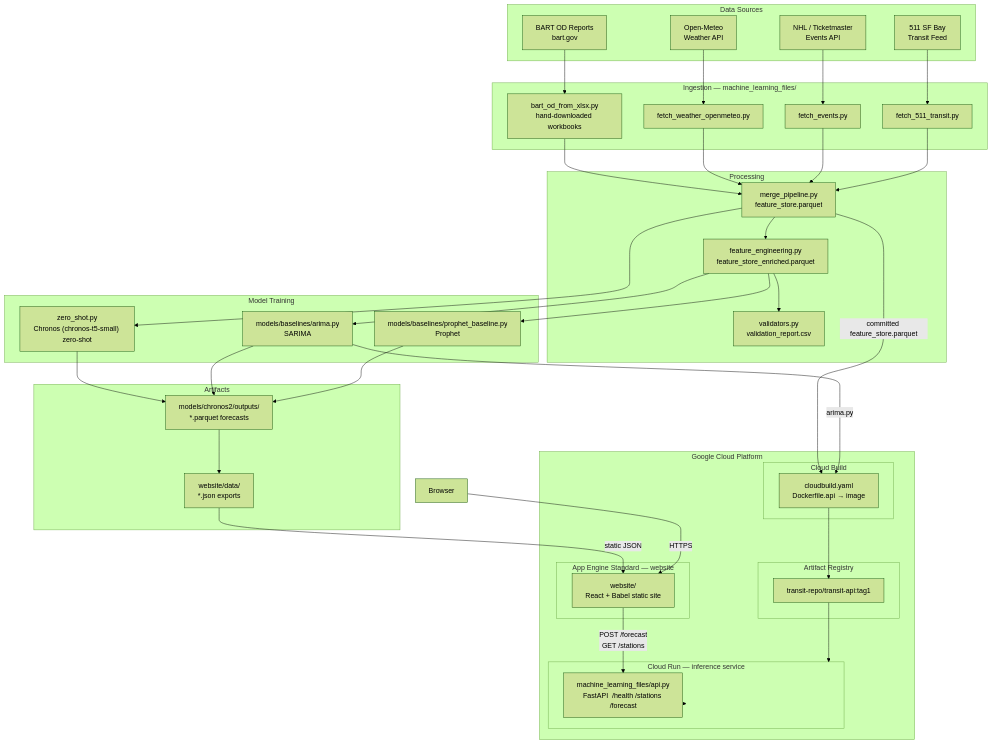
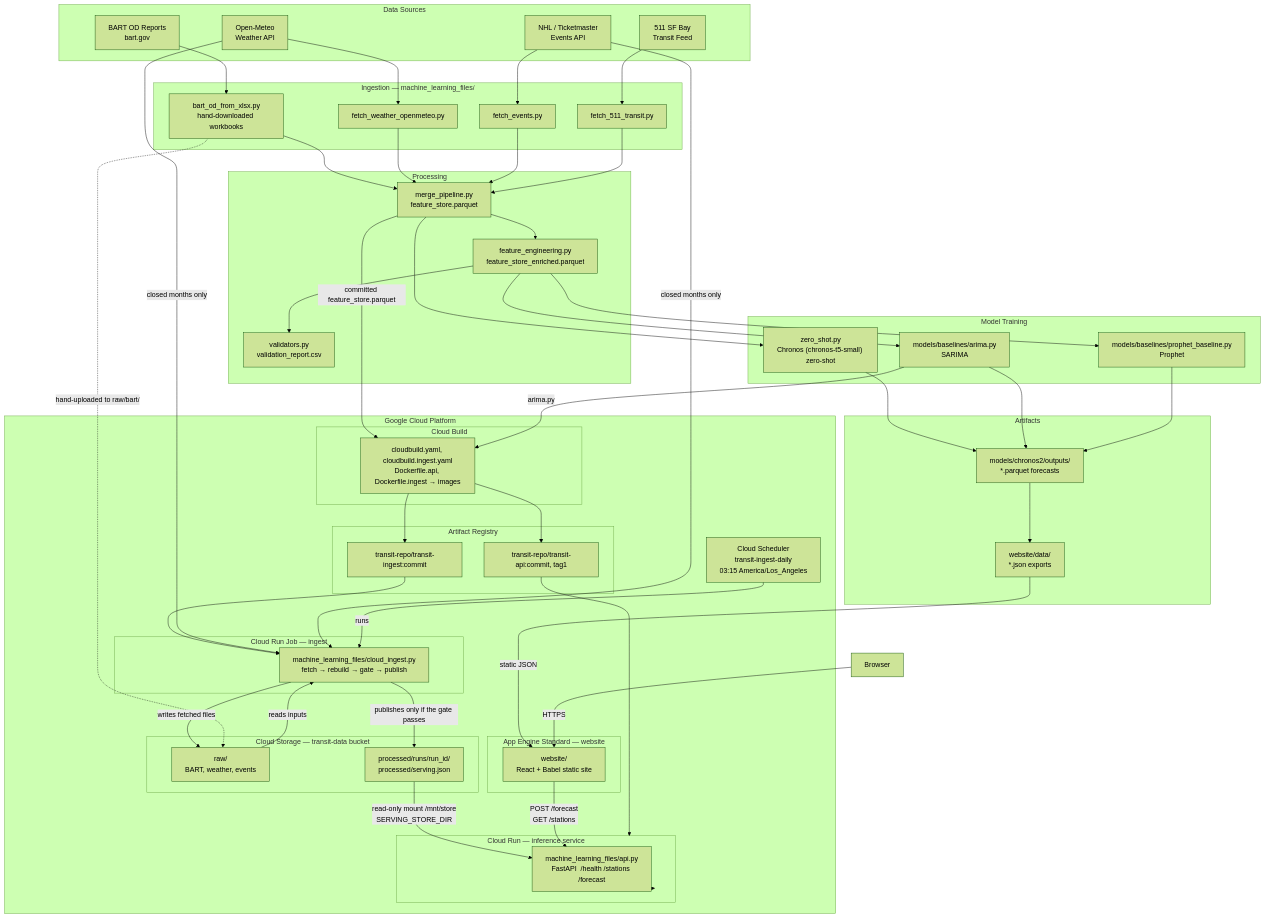
One commit to Dhruv-cs50/transit-demand-forecasting changed the diagram in docs/ARCHITECTURE.md. Above: the diagram before and after it, drawn with Mermaid (forest theme). The commit also changed other lines of this file and 5 other files, not shown here.

First line of the commit message:
Docs: cloud pipeline in README, ARCHITECTURE, DATA_PIPELINE, MANIFEST and the claims audit (S9-12)

```diff
--- a/docs/ARCHITECTURE.md
+++ b/docs/ARCHITECTURE.md
@@ -37,13 +37,22 @@
 
     subgraph CLOUD["Google Cloud Platform"]
         subgraph BUILD["Cloud Build"]
-            CB[cloudbuild.yaml\nDockerfile.api → image]
+            CB[cloudbuild.yaml, cloudbuild.ingest.yaml\nDockerfile.api, Dockerfile.ingest → images]
         end
         subgraph AR["Artifact Registry"]
-            AR1[transit-repo/transit-api:tag1]
+            AR1[transit-repo/transit-api:commit, tag1]
+            AR2[transit-repo/transit-ingest:commit]
         end
         subgraph CR["Cloud Run — inference service"]
             API[machine_learning_files/api.py\nFastAPI  /health /stations /forecast]
+        end
+        subgraph JOBG["Cloud Run Job — ingest"]
+            JOB[machine_learning_files/cloud_ingest.py\nfetch → rebuild → gate → publish]
+        end
+        SCH[Cloud Scheduler\ntransit-ingest-daily\n03:15 America/Los_Angeles]
+        subgraph GCS["Cloud Storage — transit-data bucket"]
+            RAWB[raw/\nBART, weather, events]
+            PROCB[processed/runs/run_id/\nprocessed/serving.json]
         end
         subgraph GAE["App Engine Standard — website"]
             WEB[website/\nReact + Babel static site]
@@ -68,9 +77,18 @@
     O2 -->|static JSON| WEB
     P1 -->|committed feature_store.parquet| CB
     M3 -->|arima.py| CB
-    CB --> AR1
+    CB --> AR1 & AR2
     AR1 --> CR
+    AR2 --> JOB
     CR --> API
+
+    S2 & S3 -->|closed months only| JOB
+    SCH -->|runs| JOB
+    JOB -->|writes fetched files| RAWB
+    RAWB -->|reads inputs| JOB
+    JOB -->|publishes only if the gate passes| PROCB
+    PROCB -->|read-only mount /mnt/store\nSERVING_STORE_DIR| API
+    I1 -.->|hand-uploaded to raw/bart/| RAWB
 
     USER -->|HTTPS| WEB
     WEB -->|POST /forecast\nGET /stations| API
```
